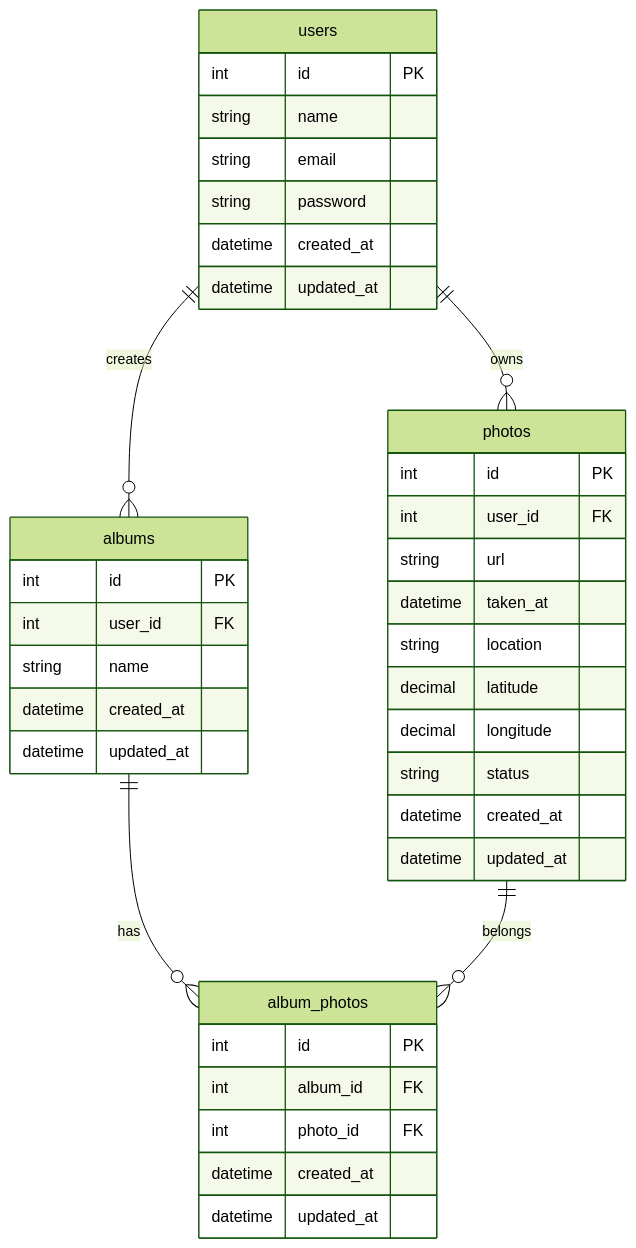
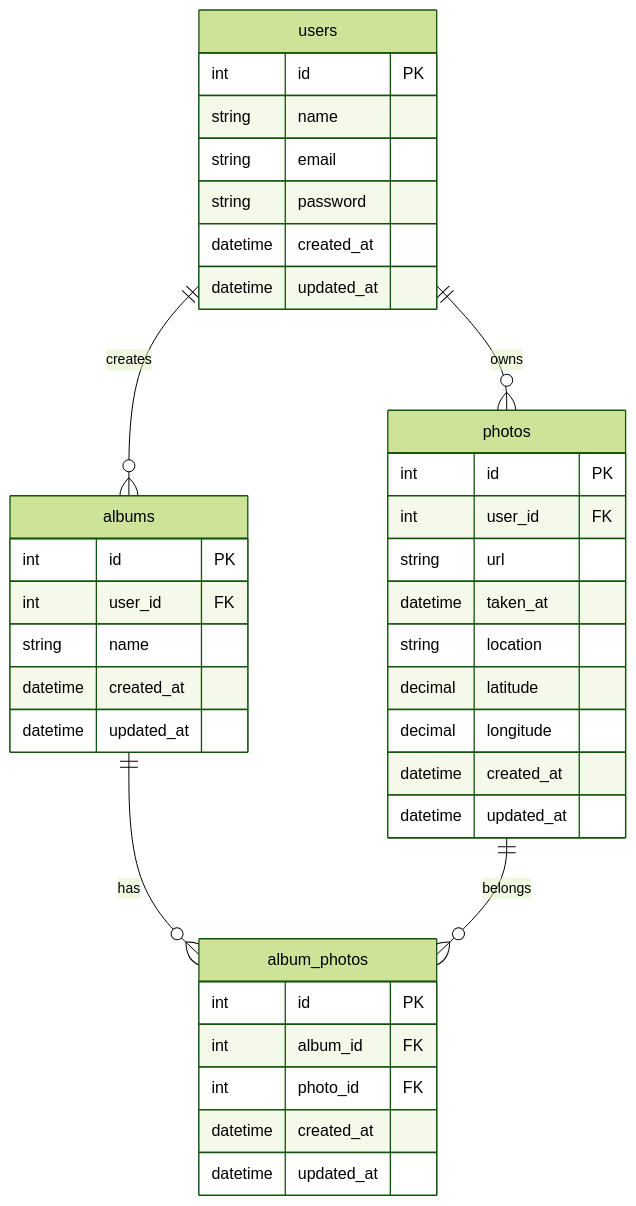
One commit to night1010tya/photo-sorter changed the diagram in er.md. Above: the diagram before and after it, drawn with Mermaid (forest theme).

Commit message:
修正

````diff
--- a/er.md
+++ b/er.md
@@ -1,46 +1,45 @@
 ```mermaid
 erDiagram
 
     users ||--o{ albums : creates
     users ||--o{ photos : owns
     albums ||--o{ album_photos : has
     photos ||--o{ album_photos : belongs
 
     users {
         int id PK
         string name
         string email
         string password
         datetime created_at
         datetime updated_at
     }
 
     albums {
         int id PK
         int user_id FK
         string name
         datetime created_at
         datetime updated_at
     }
 
     photos {
         int id PK
         int user_id FK
         string url
         datetime taken_at
         string location
         decimal latitude
         decimal longitude
-        string status
         datetime created_at
         datetime updated_at
     }
 
     album_photos {
         int id PK
         int album_id FK
         int photo_id FK
         datetime created_at
         datetime updated_at
     }
 ```
````
